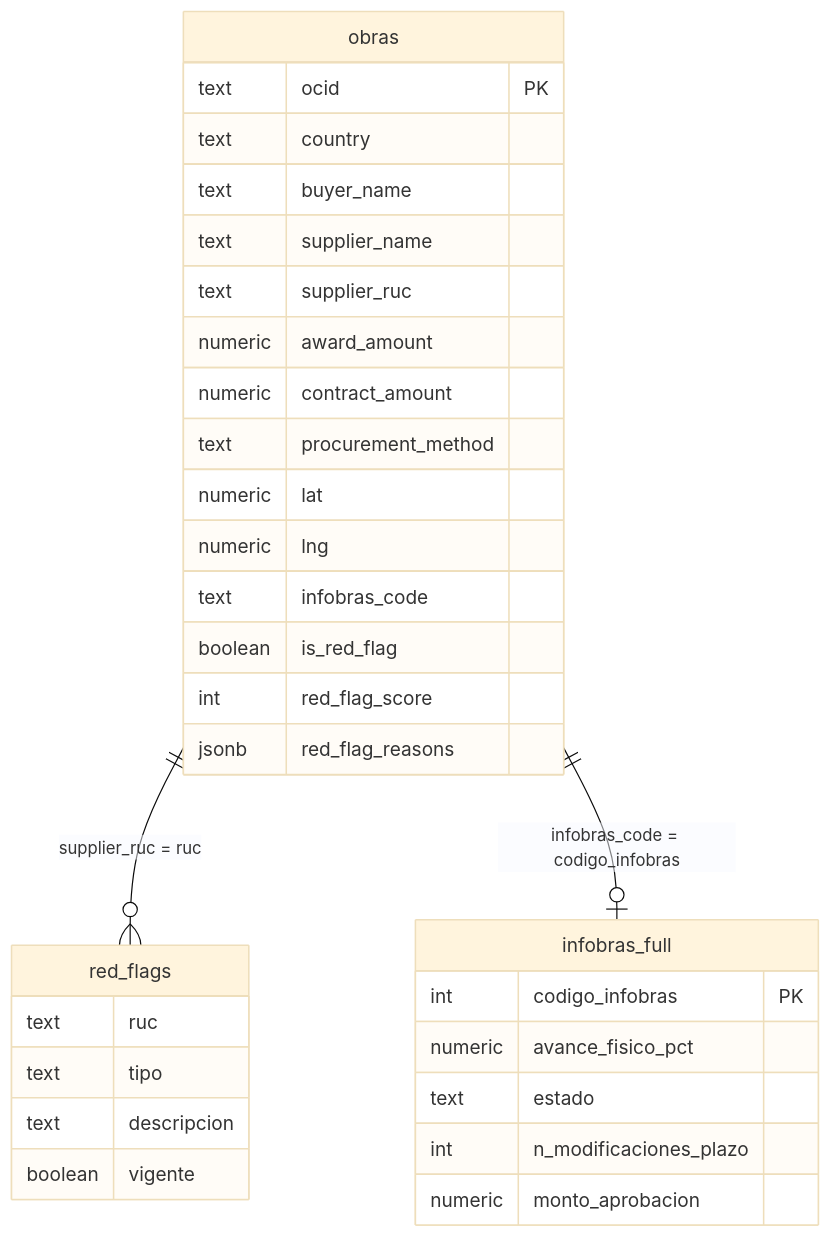
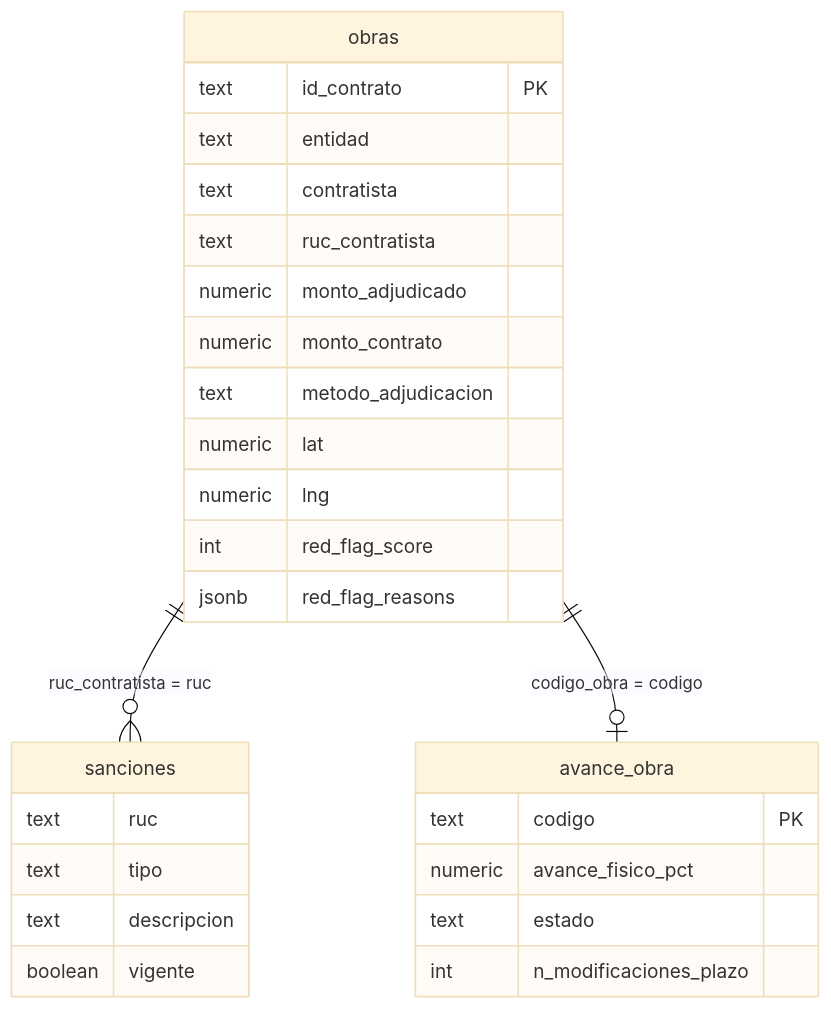
Before and after one commit to victorgalvez56/dsc-pucp-vibecoding-2026-hack: the third of 4 diagrams in docs/architecture.md, drawn with Mermaid (base theme). The commit also changed other lines of this file and 24 other files, not shown here.

````diff
--- a/docs/architecture.md
+++ b/docs/architecture.md
@@ -80,35 +99,31 @@
 ```mermaid
 erDiagram
-    obras ||--o{ red_flags : "supplier_ruc = ruc"
-    obras ||--o| infobras_full : "infobras_code = codigo_infobras"
+    obras ||--o{ sanciones : "ruc_contratista = ruc"
+    obras ||--o| avance_obra : "codigo_obra = codigo"
 
     obras {
-        text ocid PK
-        text country
-        text buyer_name
-        text supplier_name
-        text supplier_ruc
-        numeric award_amount
-        numeric contract_amount
-        text procurement_method
+        text id_contrato PK
+        text entidad
+        text contratista
+        text ruc_contratista
+        numeric monto_adjudicado
+        numeric monto_contrato
+        text metodo_adjudicacion
         numeric lat
         numeric lng
-        text infobras_code
-        boolean is_red_flag
         int red_flag_score
         jsonb red_flag_reasons
     }
-    red_flags {
+    sanciones {
         text ruc
         text tipo
         text descripcion
         boolean vigente
     }
-    infobras_full {
-        int codigo_infobras PK
+    avance_obra {
+        text codigo PK
         numeric avance_fisico_pct
         text estado
         int n_modificaciones_plazo
-        numeric monto_aprobacion
     }
 ```
````
